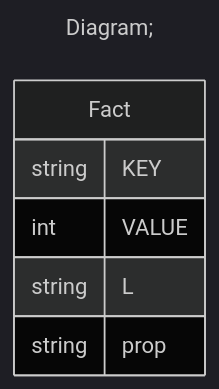
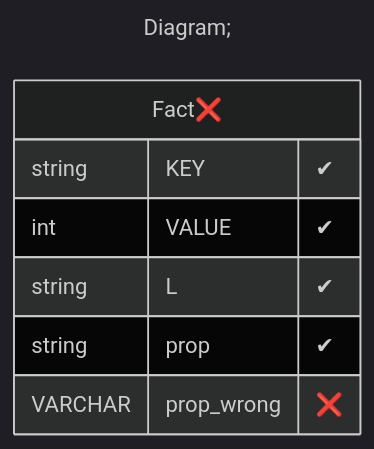
One commit to xmla-services/workground changed the third of 3 diagrams in demo/server/catalogs/tutorial_01-08_2_Cube_with_cub_dimension_with_level_with_property_with_wrong_column_Error/README.MD. Above: the diagram before and after it, drawn with Mermaid (dark theme). The commit also changed 44 other files, not shown here.

Commit message:
tutorials. add flags (positive, negative) in database diagram Signed-off-by: dbulahov <bulahovdenis@gmail.com>

````diff
--- a/demo/server/catalogs/tutorial_01-08_2_Cube_with_cub_dimension_with_level_with_property_with_wrong_column_Error/README.MD
+++ b/demo/server/catalogs/tutorial_01-08_2_Cube_with_cub_dimension_with_level_with_property_with_wrong_column_Error/README.MD
@@ -97,13 +97,14 @@
 ```mermaid
 ---
 title: Diagram;
 ---
 erDiagram
-Fact{
-string KEY
-int VALUE
-string L
-string prop
+"Fact❌"{
+string KEY "✔"
+int VALUE "✔"
+string L "✔"
+string prop "✔"
+VARCHAR prop_wrong "❌"
 }
 
 ```
````
